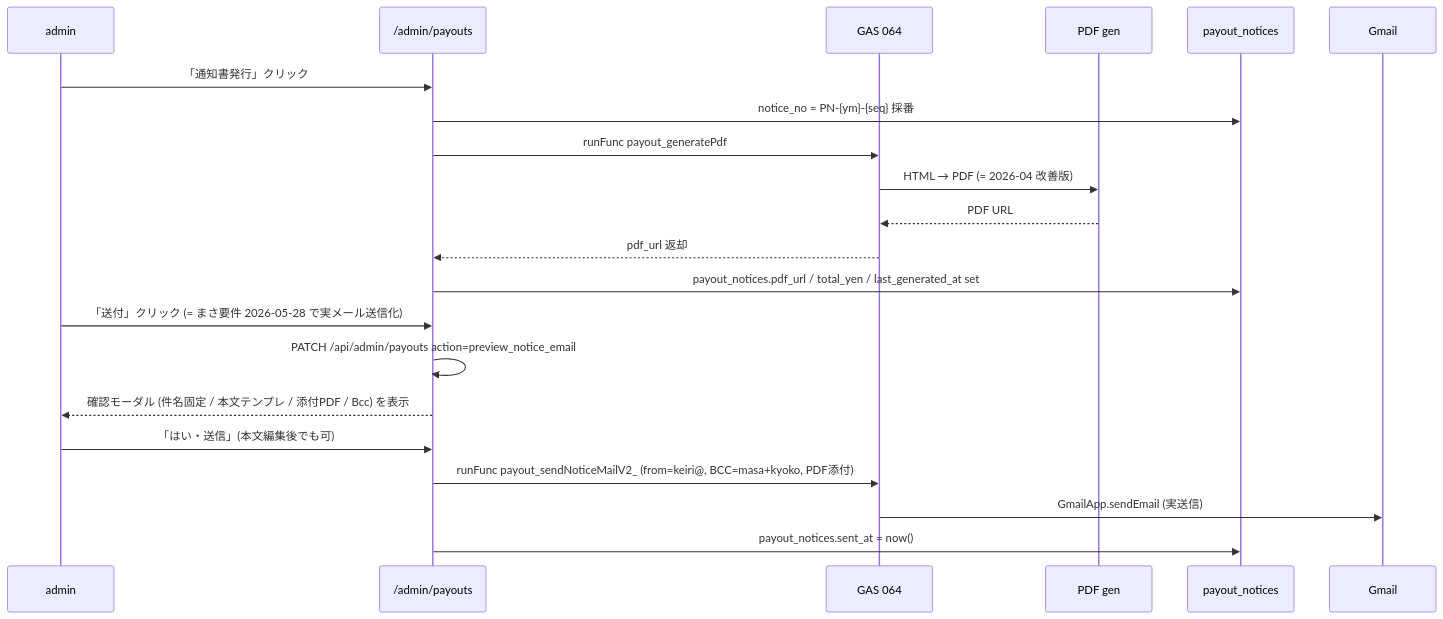
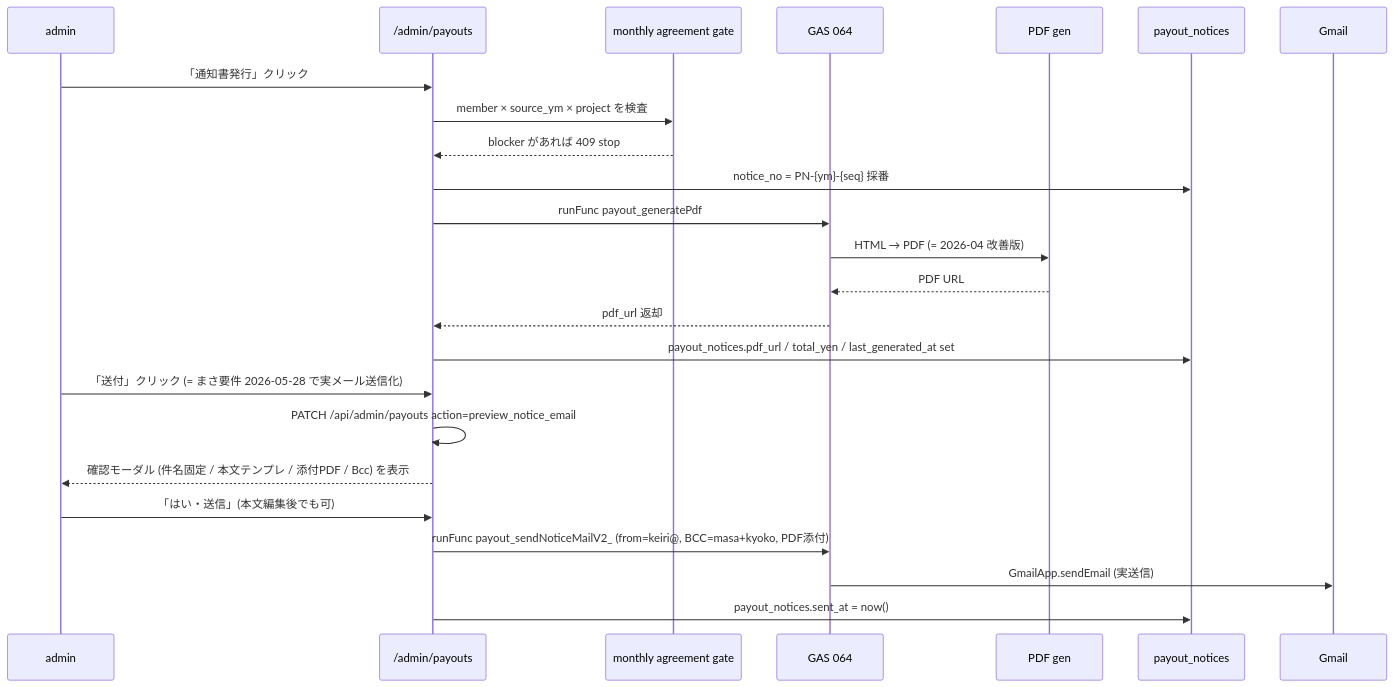
One commit to masa-teamarmada/amd-os changed the second of 2 diagrams in pwa/manual/6-5-admin-payouts-reward-notice-spec.md. Above: the diagram before and after it, drawn with Mermaid. The commit also changed other lines of this file and 12 other files, not shown here.

Commit message:
Add monthly agreement payout gate

````diff
--- a/pwa/manual/6-5-admin-payouts-reward-notice-spec.md
+++ b/pwa/manual/6-5-admin-payouts-reward-notice-spec.md
@@ -92,22 +104,25 @@
 ```mermaid
 sequenceDiagram
   participant Admin as admin
   participant PWA as /admin/payouts
+  participant Gate as monthly agreement gate
   participant GAS as GAS 064
   participant PDF as PDF gen
   participant DB as payout_notices
   Admin->>PWA: 「通知書発行」クリック
+  PWA->>Gate: member × source_ym × project を検査
+  Gate-->>PWA: blocker があれば 409 stop
   PWA->>DB: notice_no = PN-{ym}-{seq} 採番
   PWA->>GAS: runFunc payout_generatePdf
   GAS->>PDF: HTML → PDF (= 2026-04 改善版)
   PDF-->>GAS: PDF URL
   GAS-->>PWA: pdf_url 返却
   PWA->>DB: payout_notices.pdf_url / total_yen / last_generated_at set
   Admin->>PWA: 「送付」クリック (= まさ要件 2026-05-28 で実メール送信化)
   PWA->>PWA: PATCH /api/admin/payouts action=preview_notice_email
   PWA-->>Admin: 確認モーダル (件名固定 / 本文テンプレ / 添付PDF / Bcc) を表示
   Admin->>PWA: 「はい・送信」(本文編集後でも可)
   PWA->>GAS: runFunc payout_sendNoticeMailV2_ (from=keiri@, BCC=masa+kyoko, PDF添付)
   GAS->>Gmail: GmailApp.sendEmail (実送信)
   PWA->>DB: payout_notices.sent_at = now()
 ```
````
